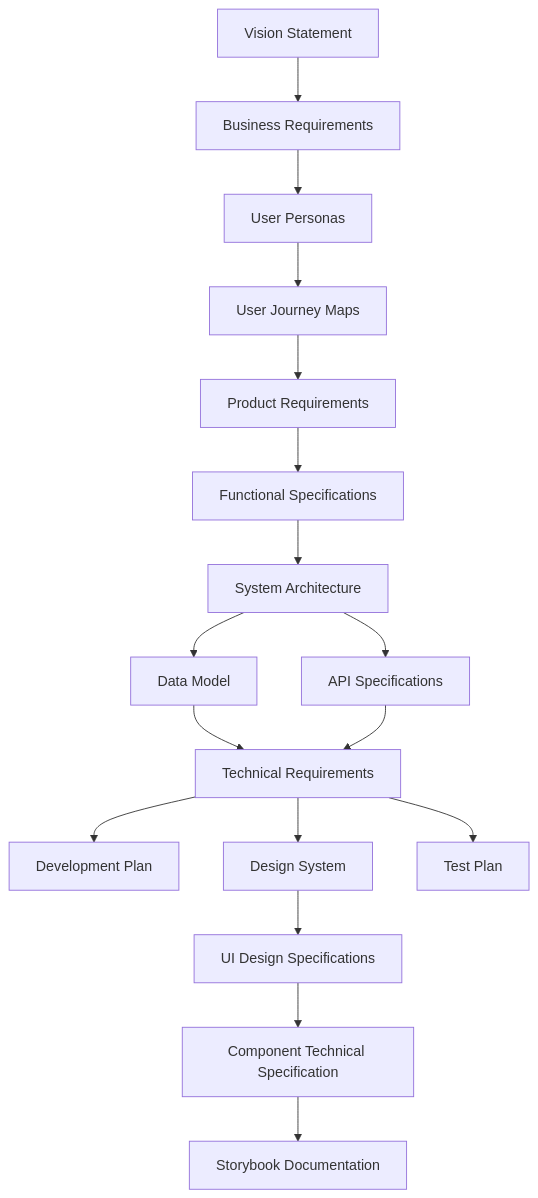
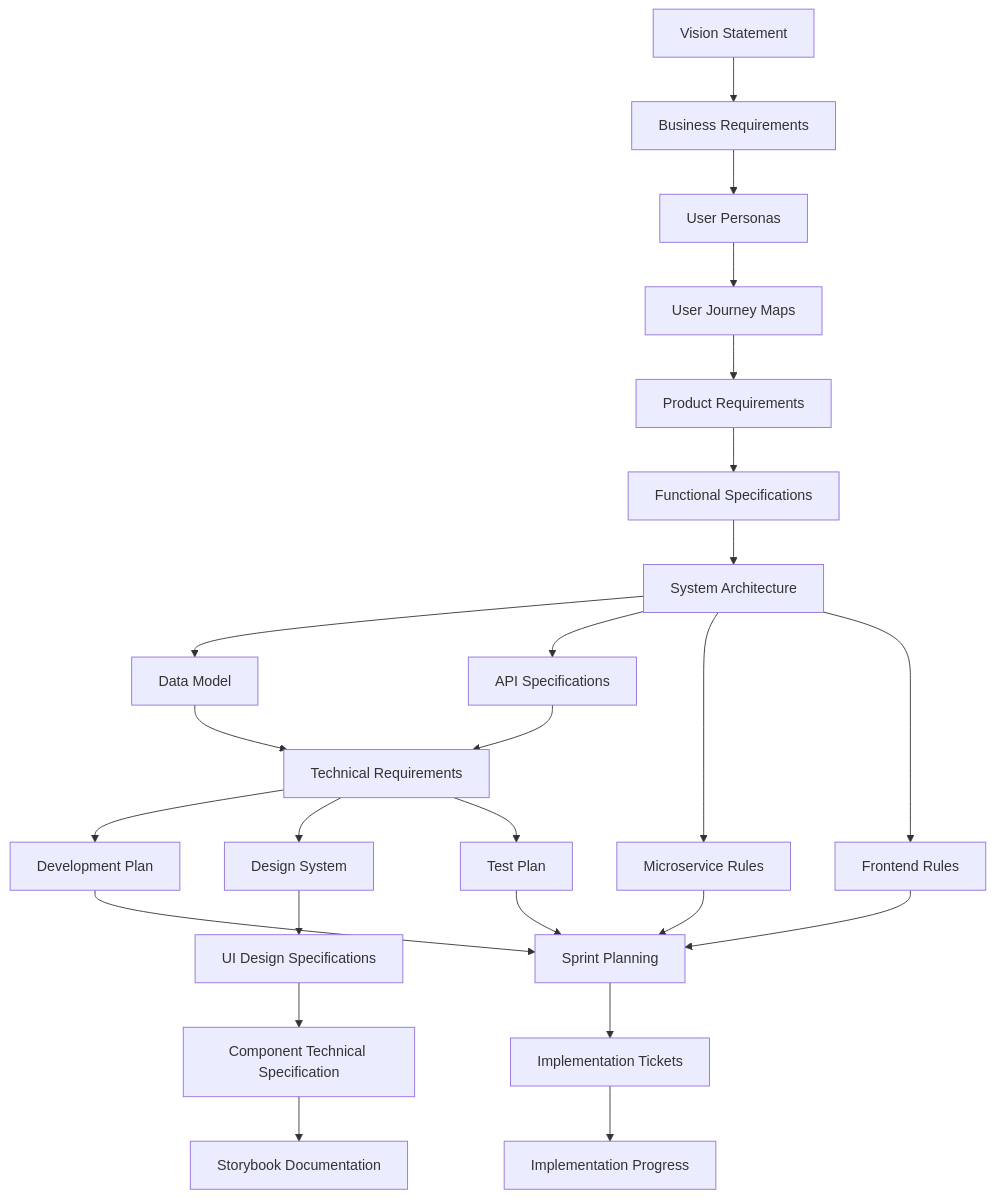
The diagram in README.md (mattdlong/spec-prompts), drawn with Mermaid before and after one commit. The commit also changed other lines of this file and 3 other files, not shown here.

Commit message:
Add microservice and frontend development standards documentation

````diff
--- a/README.md
+++ b/README.md
@@ -18,19 +19,31 @@
 ```mermaid
 graph TD
     A["Vision Statement"] --> B["Business Requirements"]
     B --> C["User Personas"]
     C --> D["User Journey Maps"]
     D --> E["Product Requirements"]
     E --> F["Functional Specifications"]
     F --> G["System Architecture"]
     G --> H["Data Model"]
     G --> I["API Specifications"]
     H --> J["Technical Requirements"]
     I --> J
     J --> K["Development Plan"]
     J --> L["Design System"]
     L --> M["UI Design Specifications"]
     M --> N["Component Technical Specification"]
     N --> O["Storybook Documentation"]
     J --> P["Test Plan"]
+    
+    %% Development Standards
+    G --> T["Microservice Rules"]
+    G --> U["Frontend Rules"]
+    
+    %% Implementation Planning
+    K --> Q["Sprint Planning"]
+    P --> Q
+    T --> Q
+    U --> Q
+    Q --> R["Implementation Tickets"]
+    R --> S["Implementation Progress"]
 ```
````
